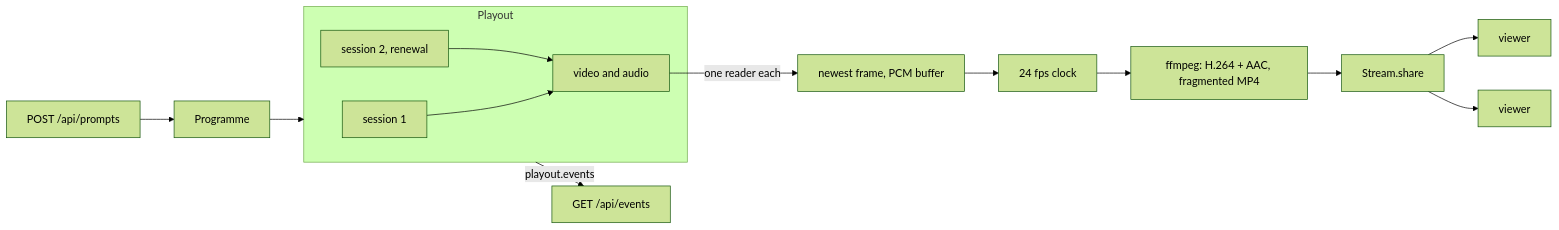
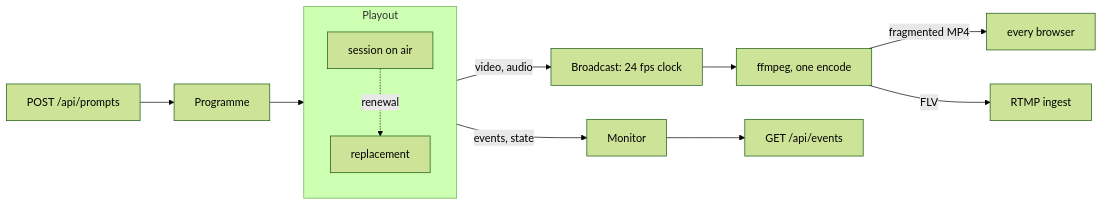
One commit to mannyc2/reactor-effect-client changed the diagram in examples/livestream/README.md. Above: the diagram before and after it, drawn with Mermaid (forest theme). The commit also changed other lines of this file, not shown here.

````diff
--- a/examples/livestream/README.md
+++ b/examples/livestream/README.md
@@ -42,12 +63,11 @@
 ```mermaid
 flowchart LR
-  subgraph Playout
-    S1[session 1] --> O[video and audio]
-    S2[session 2, renewal] --> O
+  P[POST /api/prompts] --> G[Programme] --> PO
+  subgraph PO[Playout]
+    S1[session on air] -.renewal.-> S2[replacement]
   end
-  O -- one reader each --> D[newest frame, PCM buffer]
-  D --> C[24 fps clock] --> F[ffmpeg: H.264 + AAC, fragmented MP4]
-  F --> SH[Stream.share] --> V1[viewer] & V2[viewer]
-  P[POST /api/prompts] --> E[Programme] --> Playout
-  Playout -- playout.events --> EV[GET /api/events]
+  PO -- video, audio --> B[Broadcast: 24 fps clock] --> F[ffmpeg, one encode]
+  F -- fragmented MP4 --> V[every browser]
+  F -- FLV --> R[RTMP ingest]
+  PO -- events, state --> M[Monitor] --> E[GET /api/events]
 ```
````
